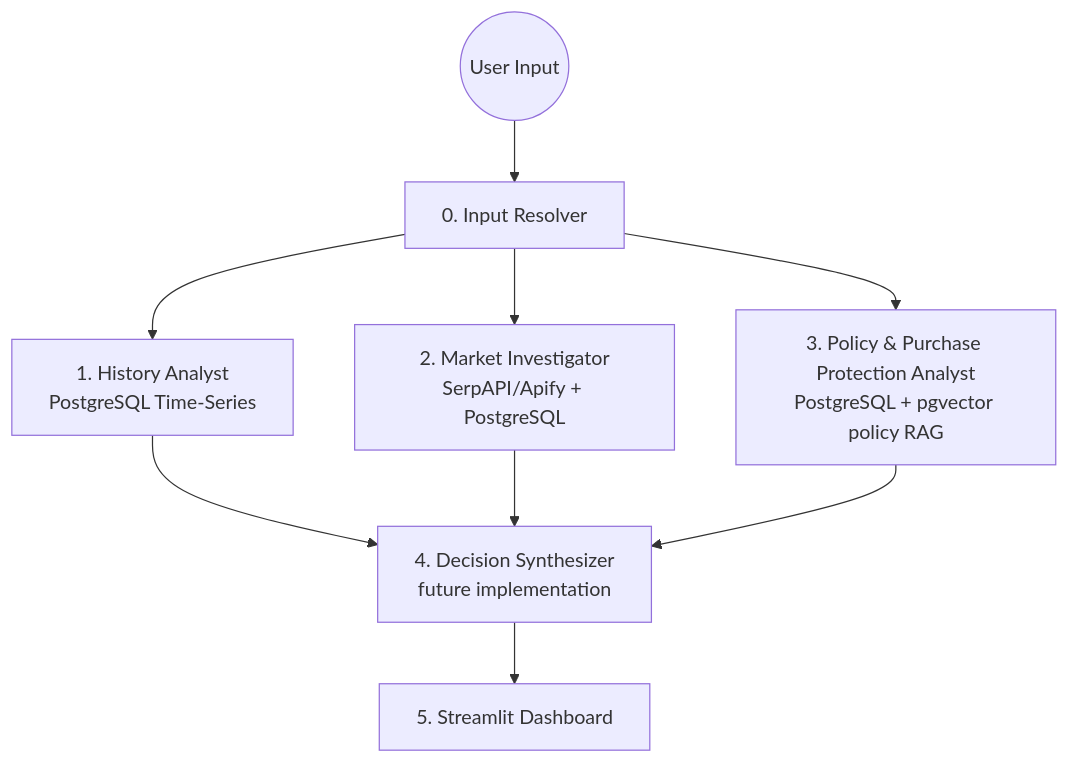
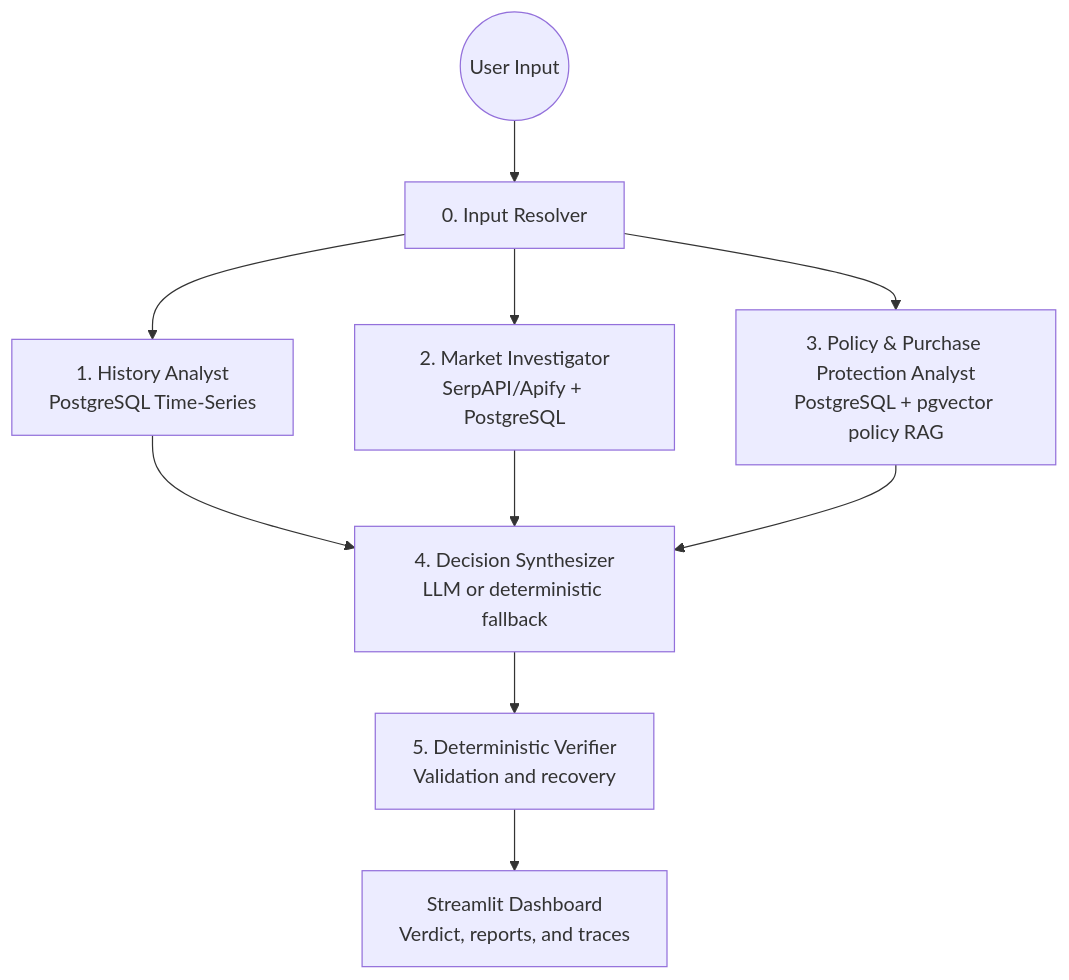
The diagram in README.md (tuwanigarima/price-lenses), drawn with Mermaid before and after one commit. The commit also changed other lines of this file, not shown here.

````diff
--- a/README.md
+++ b/README.md
@@ -17,14 +35,15 @@
 ```mermaid
 graph TD
     User((User Input)) --> Node0[0. Input Resolver]
     
     Node0 --> Agent1[1. History Analyst<br/>PostgreSQL Time-Series]
     Node0 --> Agent2[2. Market Investigator<br/>SerpAPI/Apify + PostgreSQL]
     Node0 --> Agent3[3. Policy & Purchase Protection Analyst<br/>PostgreSQL + pgvector policy RAG]
     
-    Agent1 --> Node4[4. Decision Synthesizer<br/>future implementation]
+    Agent1 --> Node4[4. Decision Synthesizer<br/>LLM or deterministic fallback]
     Agent2 --> Node4
     Agent3 --> Node4
     
-    Node4 --> UI[5. Streamlit Dashboard]
+    Node4 --> Node5[5. Deterministic Verifier<br/>Validation and recovery]
+    Node5 --> UI[Streamlit Dashboard<br/>Verdict, reports, and traces]
 ```
````
